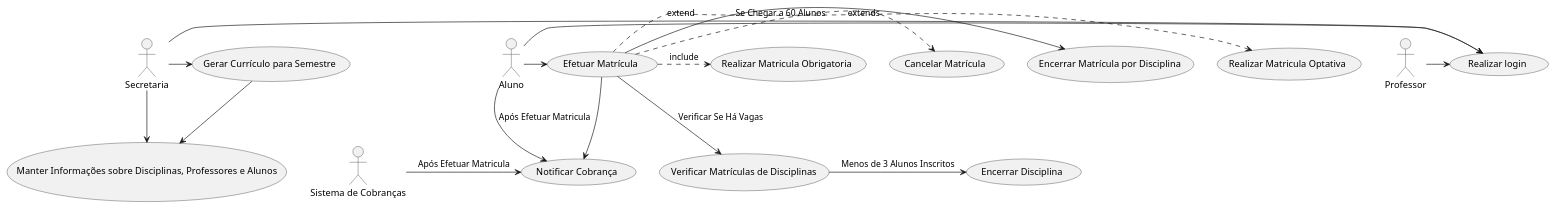
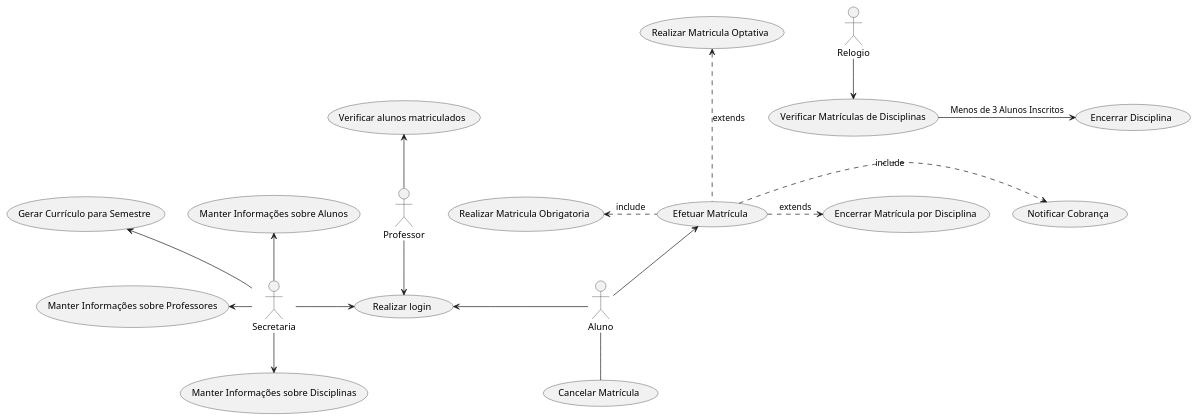
One commit to Gaburieru35/Lab01DevSoftware changed the diagram in projeto/UCD.puml. Above: the diagram before and after it, drawn with PlantUML.

Commit message:
Atualização Diagrama

```diff
--- a/projeto/UCD.puml
+++ b/projeto/UCD.puml
@@ -1,44 +1,47 @@
 @startuml
 actor "Secretaria" as Secretaria
 actor "Aluno" as Aluno
 actor "Professor" as Professor
-actor "Sistema de Cobranças" as SistemaDeCobrancas
+actor "Relogio" as Relogio
 
 usecase "Gerar Currículo para Semestre" as GerarCurriculo
-usecase "Manter Informações sobre Disciplinas, Professores e Alunos" as ManterInformacoes
+usecase "Manter Informações sobre Disciplinas" as ManterInformacoesDisciplinas
+usecase "Manter Informações sobre Professores" as ManterInformacoesProfessor
+usecase "Manter Informações sobre Alunos" as ManterInformacoesAluno
 usecase "Efetuar Matrícula" as EfetuarMatricula
 usecase "Cancelar Matrícula" as CancelarMatricula
 usecase "Verificar Matrículas de Disciplinas" as VerificarMatriculas
 usecase "Encerrar Matrícula por Disciplina" as EncerrarMatricula
 usecase "Encerrar Disciplina" as EncerrarDisciplina
 usecase "Notificar Cobrança" as NotificarCobranca
 usecase "Realizar login" as RealizarLogin
 
 usecase "Realizar Matricula Obrigatoria" as MatriculaObrigatoria
 usecase "Realizar Matricula Optativa" as MatriculaOptativa
 
-Secretaria -> GerarCurriculo
-Secretaria -> ManterInformacoes
+usecase "Verificar alunos matriculados" as VerificarAlunos
 
-Aluno -> EfetuarMatricula
-(EfetuarMatricula) .> (CancelarMatricula) : extends
+Secretaria -up-> GerarCurriculo
+Secretaria -left-> ManterInformacoesProfessor
+Secretaria -down-> ManterInformacoesDisciplinas
+Secretaria -up->  ManterInformacoesAluno
 
-SistemaDeCobrancas -> NotificarCobranca : "Após Efetuar Matricula"
-Aluno --> NotificarCobranca : "Após Efetuar Matricula"
+Relogio -down-> VerificarMatriculas
 
-Professor -> RealizarLogin
+Aluno -up-> EfetuarMatricula
+Aluno -down- CancelarMatricula
+
+Professor -down-> RealizarLogin
+Professor -up-> VerificarAlunos
+
 Secretaria -> RealizarLogin
-Aluno -> RealizarLogin
+Aluno -left-> RealizarLogin
 
-GerarCurriculo --> ManterInformacoes
+(EfetuarMatricula) .-left-> (MatriculaObrigatoria) : include
+(EfetuarMatricula) .-up-> (MatriculaOptativa) : extends
 
-EfetuarMatricula --> VerificarMatriculas : "Verificar Se Há Vagas"
-
-(EfetuarMatricula) .> (MatriculaObrigatoria) : include
-(EfetuarMatricula) .> (MatriculaOptativa) : extend
-
-EfetuarMatricula -> EncerrarMatricula : "Se Chegar a 60 Alunos"
-EfetuarMatricula -> NotificarCobranca
+EfetuarMatricula .-right-> EncerrarMatricula : extends
+EfetuarMatricula .-right-> NotificarCobranca : include
 
 VerificarMatriculas -> EncerrarDisciplina : "Menos de 3 Alunos Inscritos"
 @enduml
```
